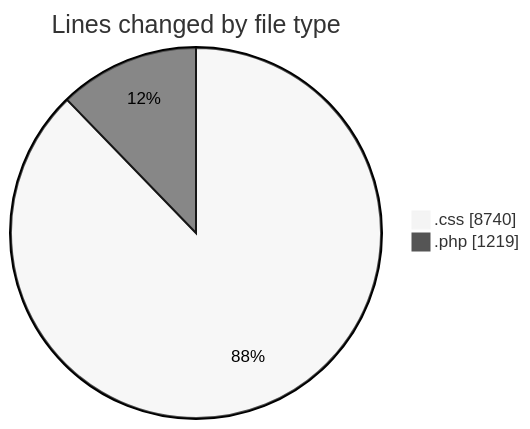
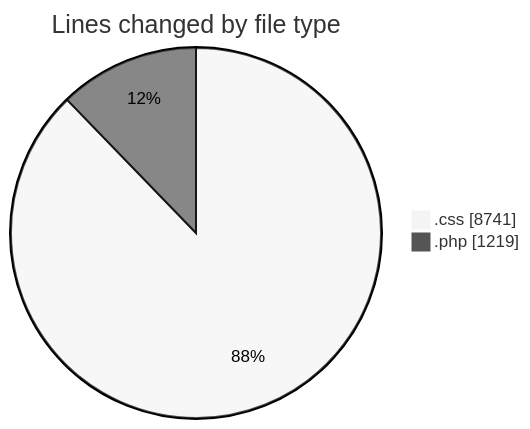
One commit to robertbonfada/code-tracking changed the first of 2 diagrams in 2025-02-14/checkout_original/README.md. Above: the diagram before and after it, drawn with Mermaid (neutral theme). The commit also changed other lines of this file and 1 other file, not shown here.

````diff
--- a/2025-02-14/checkout_original/README.md
+++ b/2025-02-14/checkout_original/README.md
@@ -21,6 +21,6 @@
 ```mermaid
 pie showData
 title Lines changed by file type
-".css" : 8740
+".css" : 8741
 ".php" : 1219
 ```
````
